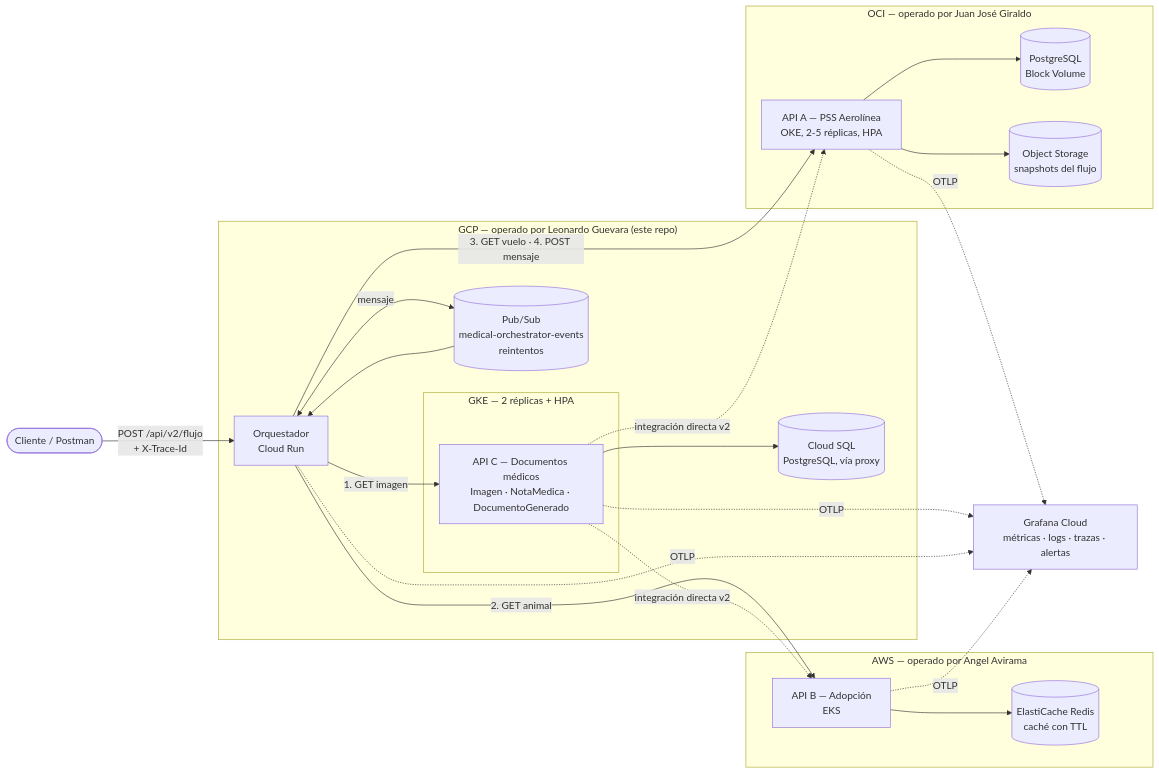
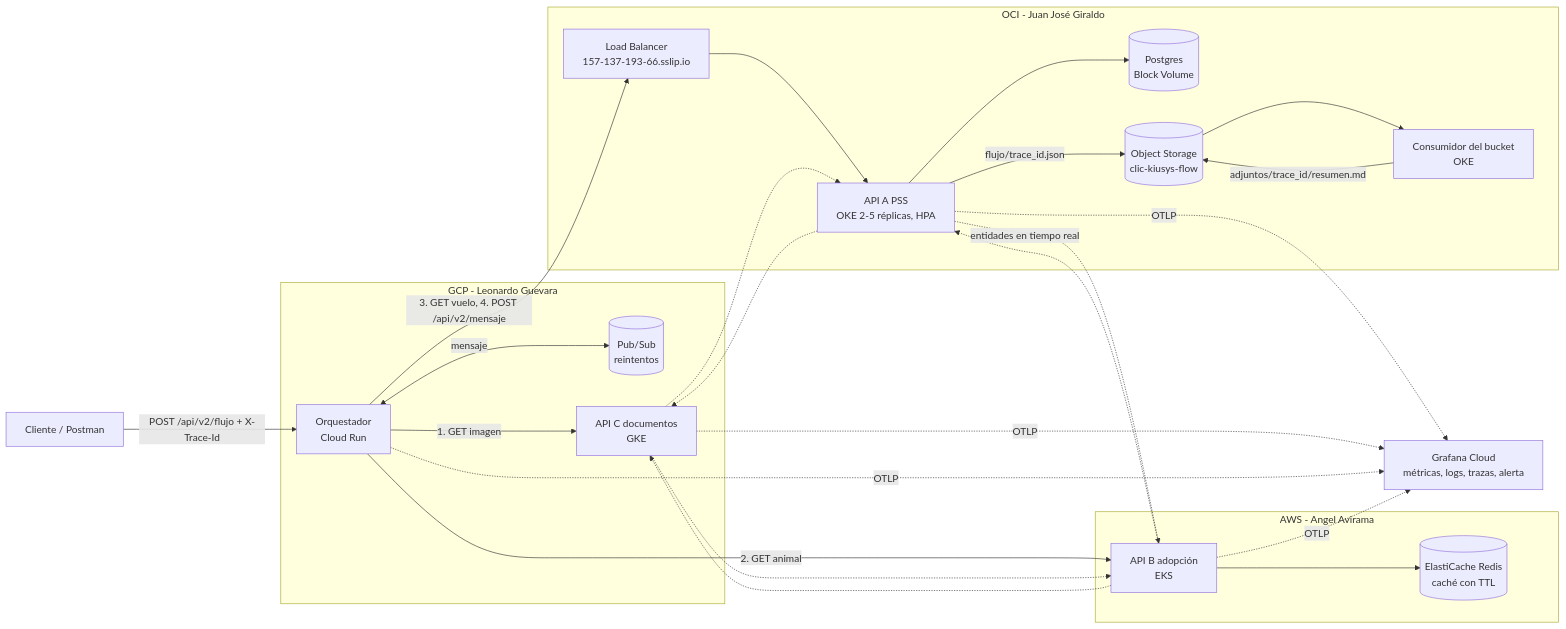
Before and after one commit to LeonardoG2005/MedicalDevops: the diagram in README.md, drawn with Mermaid.

Commit message:
:memo: Revise architecture diagram and API descriptions

````diff
--- a/README.md
+++ b/README.md
@@ -25,43 +25,44 @@
 ```mermaid
 flowchart LR
-  Cliente([Cliente / Postman]) -->|"POST /api/v2/flujo<br/>+ X-Trace-Id"| Orq
+  Cliente[Cliente / Postman] -->|"POST /api/v2/flujo + X-Trace-Id"| Orq
 
-  subgraph GCP["GCP — operado por Leonardo Guevara (este repo)"]
+  subgraph GCP["GCP - Leonardo Guevara"]
     Orq[Orquestador<br/>Cloud Run]
-    PubSub[("Pub/Sub<br/>medical-orchestrator-events<br/>reintentos")]
-    subgraph GKE["GKE — 2 réplicas + HPA"]
-      ApiC[API C — Documentos médicos<br/>Imagen · NotaMedica · DocumentoGenerado]
-    end
-    SQL[(Cloud SQL<br/>PostgreSQL, vía proxy)]
+    PubSub[(Pub/Sub<br/>reintentos)]
+    ApiC[API C documentos<br/>GKE]
   end
 
-  subgraph AWS["AWS — operado por Angel Avirama"]
-    ApiB[API B — Adopción<br/>EKS]
+  subgraph AWS["AWS - Angel Avirama"]
+    ApiB[API B adopción<br/>EKS]
     Redis[(ElastiCache Redis<br/>caché con TTL)]
   end
 
-  subgraph OCI["OCI — operado por Juan José Giraldo"]
-    ApiA[API A — PSS Aerolínea<br/>OKE, 2-5 réplicas, HPA]
-    PG[(PostgreSQL<br/>Block Volume)]
-    Bucket[(Object Storage<br/>snapshots del flujo)]
+  subgraph OCI["OCI - Juan José Giraldo"]
+    LB[Load Balancer<br/>157-137-193-66.sslip.io]
+    ApiA[API A PSS<br/>OKE 2-5 réplicas, HPA]
+    PG[(Postgres<br/>Block Volume)]
+    Bucket[(Object Storage<br/>clic-kiusys-flow)]
+    Consumer[Consumidor del bucket<br/>OKE]
   end
 
-  Grafana[Grafana Cloud<br/>métricas · logs · trazas · alertas]
+  Grafana[Grafana Cloud<br/>métricas, logs, trazas, alerta]
 
-  Orq <-->|mensaje| PubSub --> Orq
+  Orq <-->|mensaje| PubSub
   Orq -->|"1. GET imagen"| ApiC
   Orq -->|"2. GET animal"| ApiB
-  Orq -->|"3. GET vuelo · 4. POST mensaje"| ApiA
-  ApiC --> SQL
+  Orq -->|"3. GET vuelo, 4. POST /api/v2/mensaje"| LB --> ApiA
   ApiA --> PG
-  ApiA --> Bucket
+  ApiA -->|"flujo/trace_id.json"| Bucket
+  Bucket --> Consumer -->|"adjuntos/trace_id/resumen.md"| Bucket
+  ApiA -.->|entidades en tiempo real| ApiB
+  ApiA -.-> ApiC
   ApiB --> Redis
-
-  ApiC -.->|integración directa v2| ApiA
-  ApiC -.->|integración directa v2| ApiB
-
+  ApiB -.-> ApiA
+  ApiB -.-> ApiC
+  ApiC -.-> ApiA
+  ApiC -.-> ApiB
   ApiA -. OTLP .-> Grafana
   ApiB -. OTLP .-> Grafana
   ApiC -. OTLP .-> Grafana
   Orq -. OTLP .-> Grafana
 ```
````
